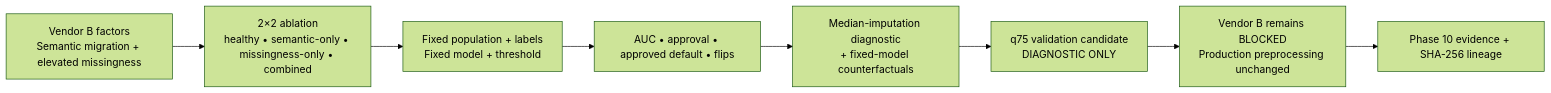
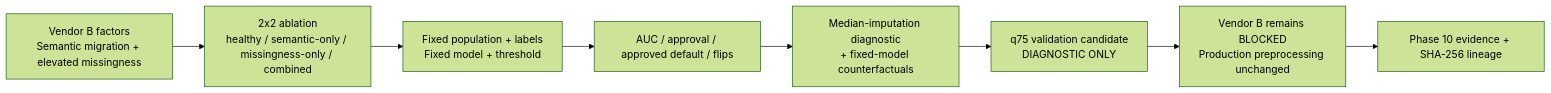
One commit to Parmodk2310/CreditScorev4-ML-Governance changed the diagram in docs/assets/diagrams/phase10-root-cause.mmd. Above: the diagram before and after it, drawn with Mermaid (forest theme). The commit also changed 8 other files, not shown here.

Commit message:
fix: harden diagram and release metadata contracts

```diff
--- a/docs/assets/diagrams/phase10-root-cause.mmd
+++ b/docs/assets/diagrams/phase10-root-cause.mmd
@@ -1,8 +1,8 @@
 flowchart LR
-  A[Vendor B factors\nSemantic migration + elevated missingness] --> B[2×2 ablation\nhealthy • semantic-only • missingness-only • combined]
-  B --> C[Fixed population + labels\nFixed model + threshold]
-  C --> D[AUC • approval • approved default • flips]
-  D --> E[Median-imputation diagnostic\n+ fixed-model counterfactuals]
-  E --> F[q75 validation candidate\nDIAGNOSTIC ONLY]
-  F --> G[Vendor B remains BLOCKED\nProduction preprocessing unchanged]
-  G --> H[Phase 10 evidence + SHA-256 lineage]
+  A["Vendor B factors<br/>Semantic migration + elevated missingness"] --> B["2x2 ablation<br/>healthy / semantic-only / missingness-only / combined"]
+  B --> C["Fixed population + labels<br/>Fixed model + threshold"]
+  C --> D["AUC / approval / approved default / flips"]
+  D --> E["Median-imputation diagnostic<br/>+ fixed-model counterfactuals"]
+  E --> F["q75 validation candidate<br/>DIAGNOSTIC ONLY"]
+  F --> G["Vendor B remains BLOCKED<br/>Production preprocessing unchanged"]
+  G --> H["Phase 10 evidence + SHA-256 lineage"]
```
